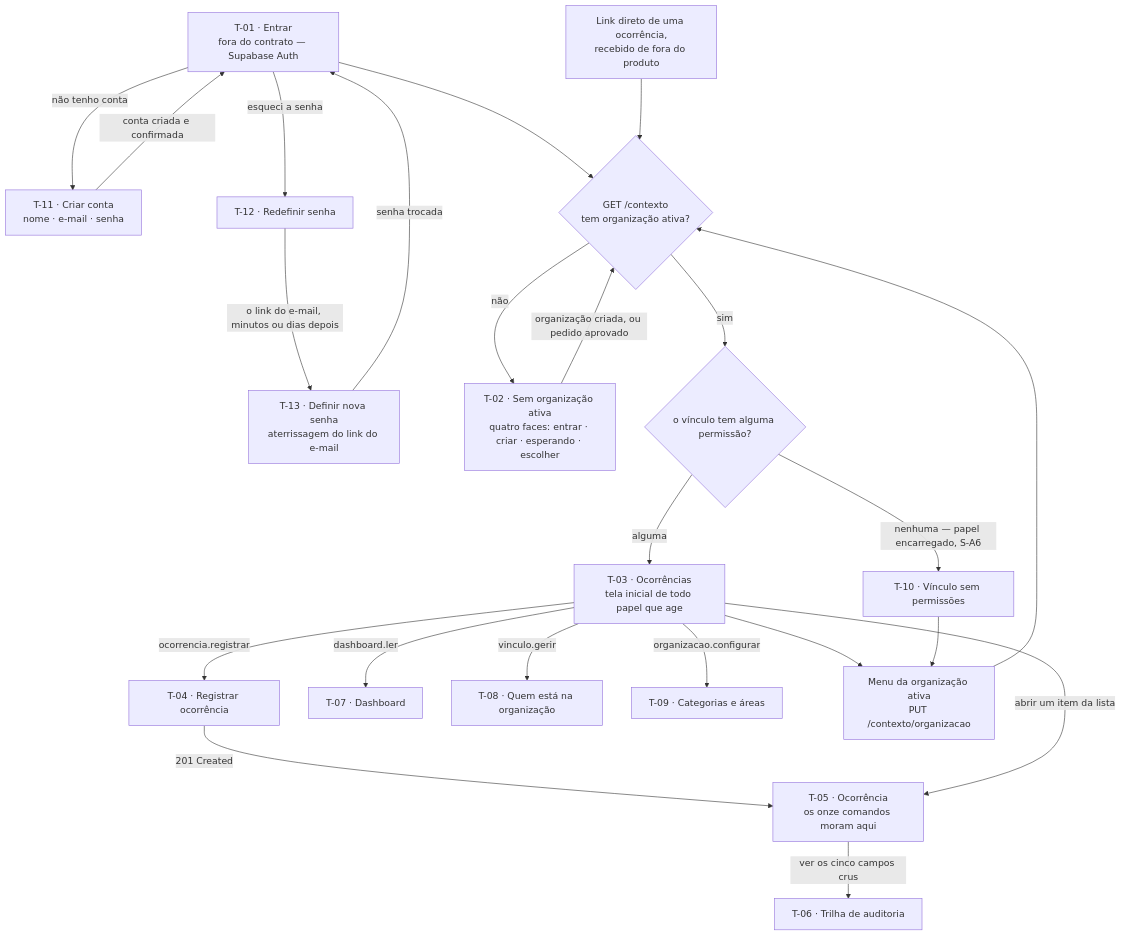
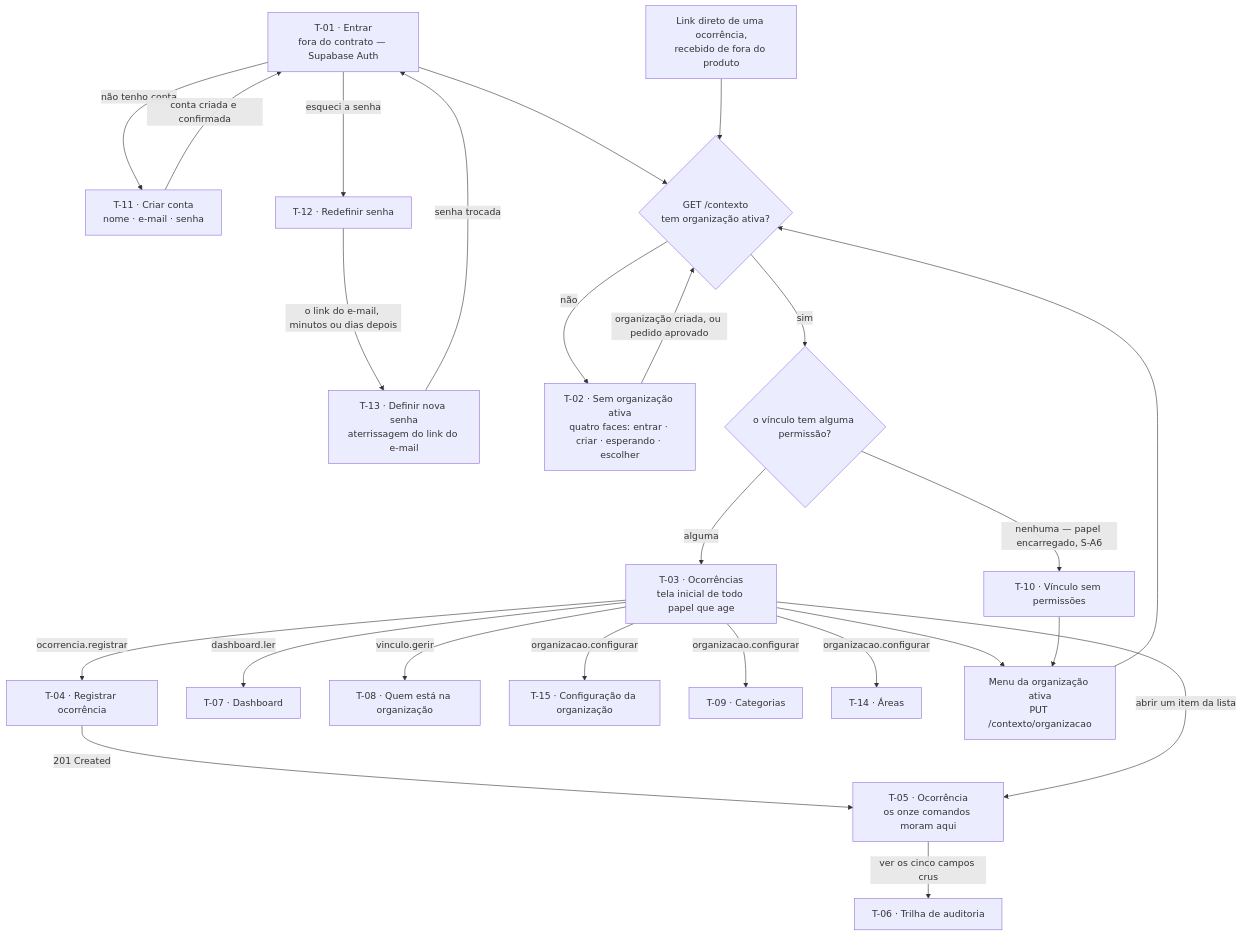
One commit to natanjunior/8FSDT-Hackathon changed the diagram in docs/inventario-de-telas.md. Above: the diagram before and after it, drawn with Mermaid. The commit also changed other lines of this file, not shown here.

````diff
--- a/docs/inventario-de-telas.md
+++ b/docs/inventario-de-telas.md
@@ -208,46 +211,50 @@
 ```mermaid
 flowchart TD
     T01["T-01 · Entrar<br/>fora do contrato — Supabase Auth"]
     T11["T-11 · Criar conta<br/>nome · e-mail · senha"]
     T12["T-12 · Redefinir senha"]
     T13["T-13 · Definir nova senha<br/>aterrissagem do link do e-mail"]
     LINK["Link direto de uma ocorrência,<br/>recebido de fora do produto"]
     CTX{"GET /contexto<br/>tem organização ativa?"}
     T02["T-02 · Sem organização ativa<br/>quatro faces: entrar · criar · esperando · escolher"]
     PERM{"o vínculo tem alguma permissão?"}
     T10["T-10 · Vínculo sem permissões"]
     T03["T-03 · Ocorrências<br/>tela inicial de todo papel que age"]
     T04["T-04 · Registrar ocorrência"]
     T05["T-05 · Ocorrência<br/>os onze comandos moram aqui"]
     T06["T-06 · Trilha de auditoria"]
     T07["T-07 · Dashboard"]
     T08["T-08 · Quem está na organização"]
-    T09["T-09 · Categorias e áreas"]
+    T15["T-15 · Configuração da organização"]
+    T09["T-09 · Categorias"]
+    T14["T-14 · Áreas"]
     MENU["Menu da organização ativa<br/>PUT /contexto/organizacao"]
 
     T01 -->|"não tenho conta"| T11
     T11 -->|"conta criada e confirmada"| T01
     T01 -->|"esqueci a senha"| T12
     T12 -->|"o link do e-mail, minutos ou dias depois"| T13
     T13 -->|"senha trocada"| T01
 
     T01 --> CTX
     LINK --> CTX
     CTX -->|"não"| T02
     T02 -->|"organização criada, ou pedido aprovado"| CTX
     CTX -->|"sim"| PERM
     PERM -->|"nenhuma — papel encarregado, S-A6"| T10
     PERM -->|"alguma"| T03
 
     T03 -->|"ocorrencia.registrar"| T04
     T04 -->|"201 Created"| T05
     T03 -->|"abrir um item da lista"| T05
     T05 -->|"ver os cinco campos crus"| T06
     T03 -->|"dashboard.ler"| T07
     T03 -->|"vinculo.gerir"| T08
+    T03 -->|"organizacao.configurar"| T15
     T03 -->|"organizacao.configurar"| T09
+    T03 -->|"organizacao.configurar"| T14
 
     T03 --> MENU
     T10 --> MENU
     MENU --> CTX
 ```
````
